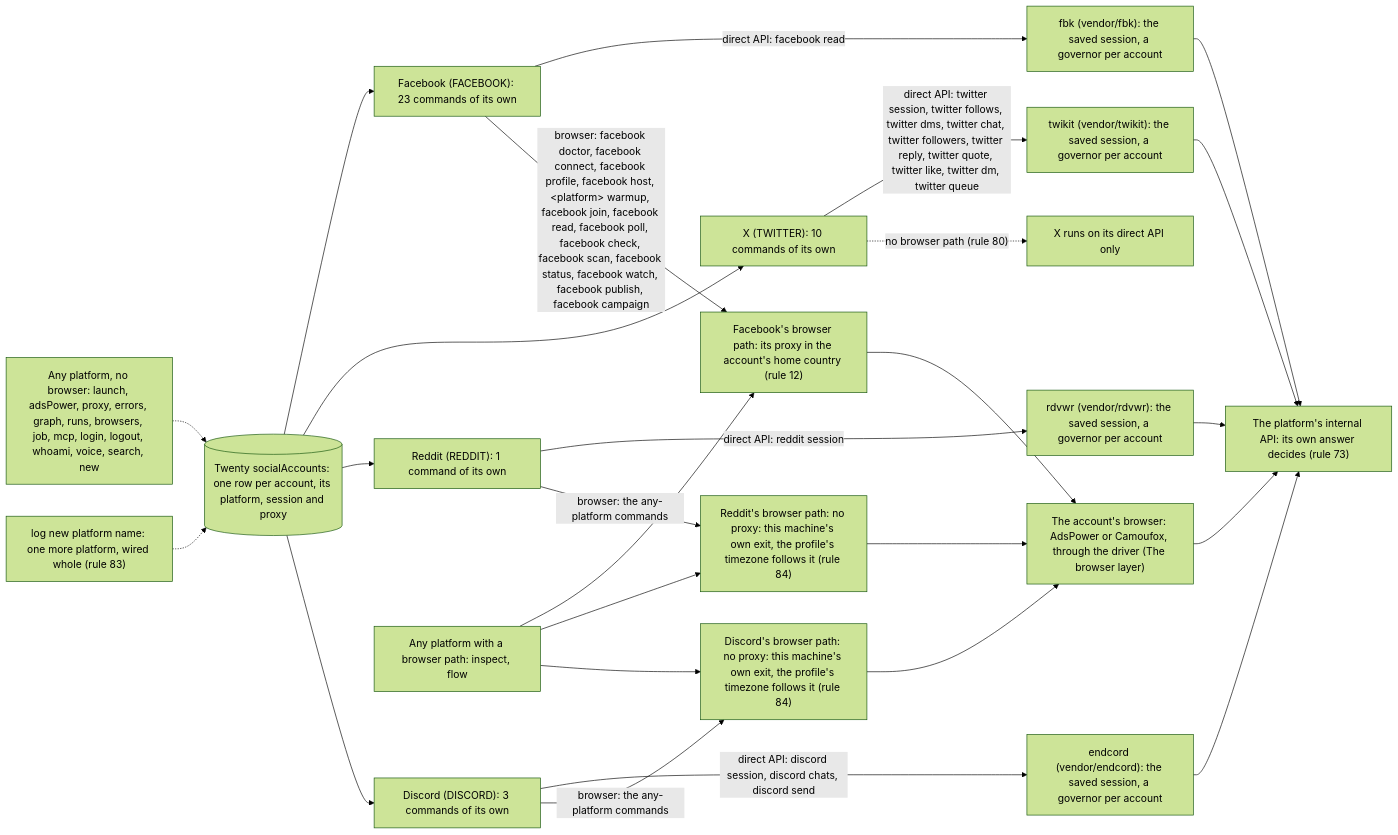
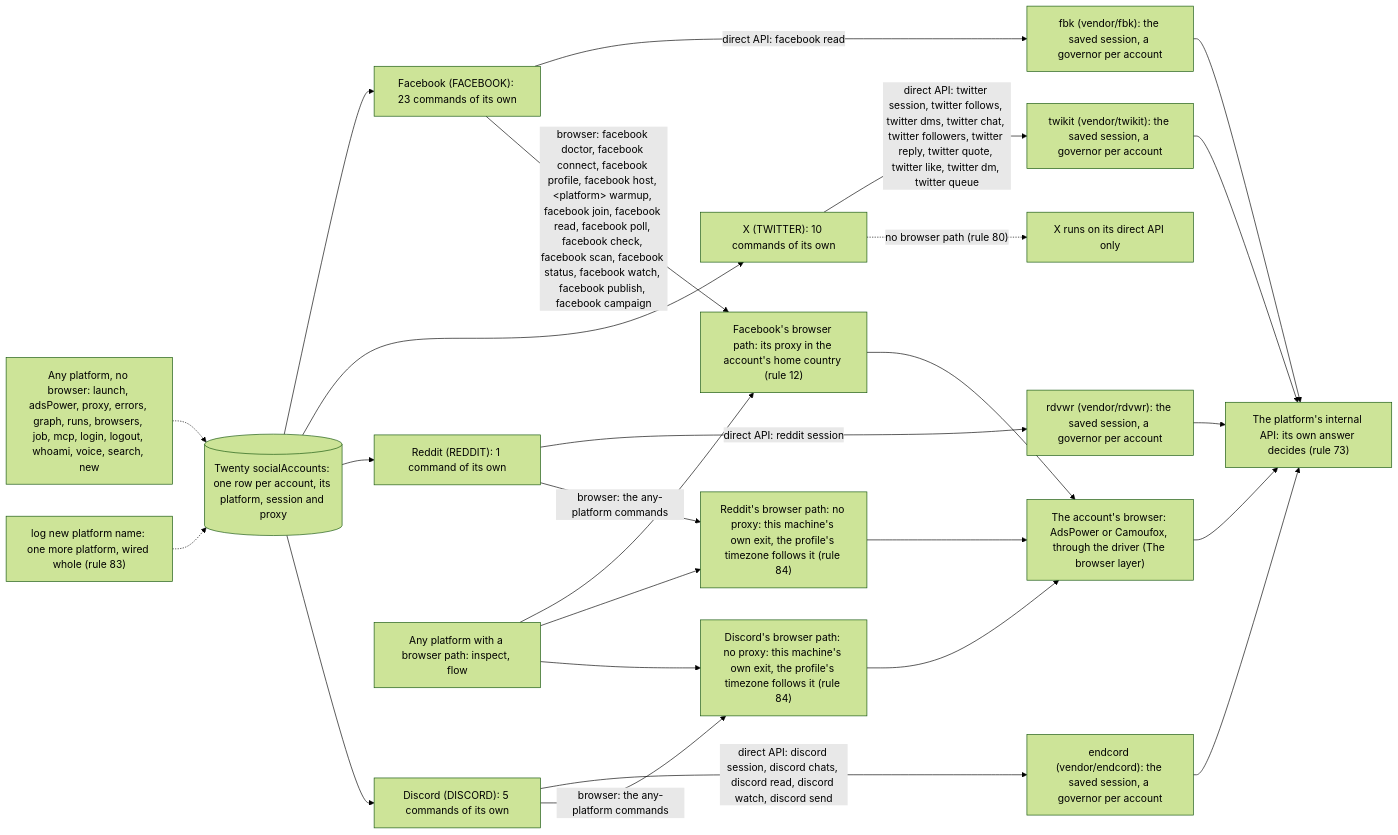
The diagram in docs/diagrams/platforms.mmd (matthewdonsemail-lab/log), drawn with Mermaid (forest theme) before and after one commit. The commit also changed 19 other files, not shown here.

Commit message:
feat(discord): read and watch on endcord, and new Discord messages pushed to the inbox hook

```diff
--- a/docs/diagrams/platforms.mmd
+++ b/docs/diagrams/platforms.mmd
@@ -1,37 +1,37 @@
 %% The platforms. log-cli is platform-agnostic: each platform is a row in `PLATFORMS` and `PLATFORM_SITES` (`src/cli/runner/helpers/platforms.ts`), with its direct-API client from `DIRECT_ROUTES` (`src/directApi/engine`) and its browser path, with or without a proxy. A new one is made by `log new platform <name>` (rule 83).
 %% Written by `bun run docs:build` from the code (rule 56). Not edited by hand.
 flowchart LR
   twenty[("Twenty socialAccounts: one row per account, its platform, session and proxy")]
   api["The platform's internal API: its own answer decides (rule 73)"]
   drivers["The account's browser: AdsPower or Camoufox, through the driver (The browser layer)"]
   p_facebook["Facebook (FACEBOOK): 23 commands of its own"]
   twenty --> p_facebook
   p_facebook -->|"direct API: facebook read"| e_fbk["fbk (vendor/fbk): the saved session, a governor per account"]
   e_fbk --> api
   p_facebook -->|"browser: facebook doctor, facebook connect, facebook profile, facebook host, #lt;platform#gt; warmup, facebook join, facebook read, facebook poll, facebook check, facebook scan, facebook status, facebook watch, facebook publish, facebook campaign"| b_facebook["Facebook's browser path: its proxy in the account's home country (rule 12)"]
   b_facebook --> drivers
   p_twitter["X (TWITTER): 10 commands of its own"]
   twenty --> p_twitter
   p_twitter -->|"direct API: twitter session, twitter follows, twitter dms, twitter chat, twitter followers, twitter reply, twitter quote, twitter like, twitter dm, twitter queue"| e_twikit["twikit (vendor/twikit): the saved session, a governor per account"]
   e_twikit --> api
   p_twitter -.->|"no browser path (rule 80)"| nob_twitter["X runs on its direct API only"]
   p_reddit["Reddit (REDDIT): 1 command of its own"]
   twenty --> p_reddit
   p_reddit -->|"direct API: reddit session"| e_rdvwr["rdvwr (vendor/rdvwr): the saved session, a governor per account"]
   e_rdvwr --> api
   p_reddit -->|"browser: the any-platform commands"| b_reddit["Reddit's browser path: no proxy: this machine's own exit, the profile's timezone follows it (rule 84)"]
   b_reddit --> drivers
-  p_discord["Discord (DISCORD): 3 commands of its own"]
+  p_discord["Discord (DISCORD): 5 commands of its own"]
   twenty --> p_discord
-  p_discord -->|"direct API: discord session, discord chats, discord send"| e_endcord["endcord (vendor/endcord): the saved session, a governor per account"]
+  p_discord -->|"direct API: discord session, discord chats, discord read, discord watch, discord send"| e_endcord["endcord (vendor/endcord): the saved session, a governor per account"]
   e_endcord --> api
   p_discord -->|"browser: the any-platform commands"| b_discord["Discord's browser path: no proxy: this machine's own exit, the profile's timezone follows it (rule 84)"]
   b_discord --> drivers
   anyB["Any platform with a browser path: inspect, flow"]
   anyB --> b_facebook
   anyB --> b_reddit
   anyB --> b_discord
   anyN["Any platform, no browser: launch, adsPower, proxy, errors, graph, runs, browsers, job, mcp, login, logout, whoami, voice, search, new"]
   anyN -.-> twenty
   newP["log new platform name: one more platform, wired whole (rule 83)"] -.-> twenty
   drivers --> api
```
